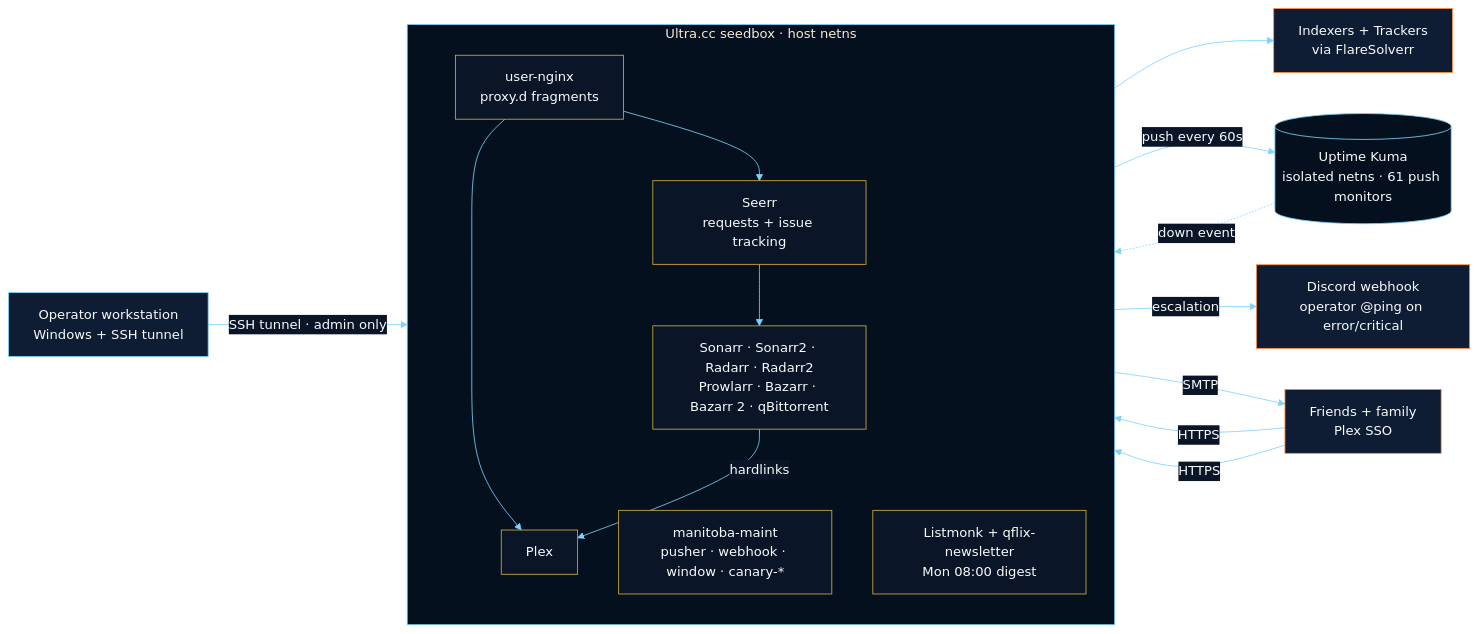
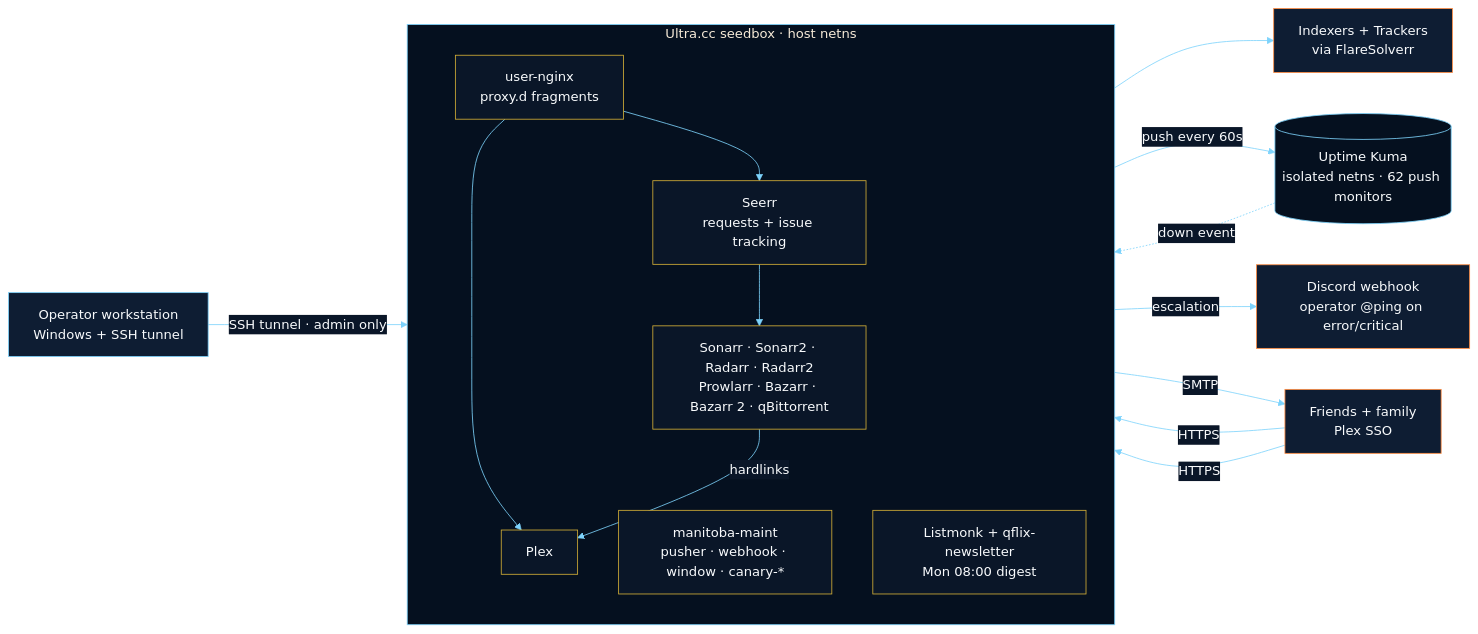
One commit to Quadstronaut/QFlix changed the first of 6 diagrams in README.md. Above: the diagram before and after it, drawn with Mermaid. The commit also changed other lines of this file and 15 other files, not shown here.

````diff
--- a/README.md
+++ b/README.md
@@ -76,35 +76,35 @@
 ```mermaid
 %%{init: {'theme':'base','themeVariables':{'primaryColor':'#0e1d33','primaryTextColor':'#f8fafc','primaryBorderColor':'#ff8c42','lineColor':'#7dd3fc','secondaryColor':'#05101f','tertiaryColor':'#0a1628','clusterBkg':'#05101f','clusterBorder':'#7dd3fc','edgeLabelBackground':'#0a1628','fontFamily':'Segoe UI, Roboto, sans-serif'}}}%%
 flowchart LR
   classDef ext fill:#0e1d33,stroke:#ff8c42,color:#f8fafc
   classDef user fill:#0e1d33,stroke:#7dd3fc,color:#f8fafc
   classDef seedbox fill:#0a1628,stroke:#d4af37,color:#f8fafc
   classDef kuma fill:#05101f,stroke:#7dd3fc,color:#f8fafc
 
   user[Operator workstation<br/>Windows + SSH tunnel]:::user
   friends[Friends + family<br/>Plex SSO]:::ext
   ext[Indexers + Trackers<br/>via FlareSolverr]:::ext
 
   subgraph SB[Ultra.cc seedbox · host netns]
     direction TB
     nginx[user-nginx<br/>proxy.d fragments]:::seedbox
     plex[Plex]:::seedbox
     arr[Sonarr · Sonarr2 · Radarr · Radarr2<br/>Prowlarr · Bazarr · Bazarr 2 · qBittorrent]:::seedbox
     requests[Seerr<br/>requests + issue tracking]:::seedbox
     maint[manitoba-maint<br/>pusher · webhook · window · canary-*]:::seedbox
     comms[Listmonk + qflix-newsletter<br/>Mon 08:00 digest]:::seedbox
   end
 
-  kuma[(Uptime Kuma<br/>isolated netns · 61 push monitors)]:::kuma
+  kuma[(Uptime Kuma<br/>isolated netns · 62 push monitors)]:::kuma
   discord[Discord webhook<br/>operator @ping on error/critical]:::ext
 
   friends -->|HTTPS| nginx --> plex
   friends -->|HTTPS| nginx --> requests
   requests --> arr --> ext
   arr -->|hardlinks| plex
   user -->|SSH tunnel · admin only| arr
   maint -->|push every 60s| kuma
   kuma -.->|down event| maint
   maint -->|escalation| discord
   comms -->|SMTP| friends
 ```
````
